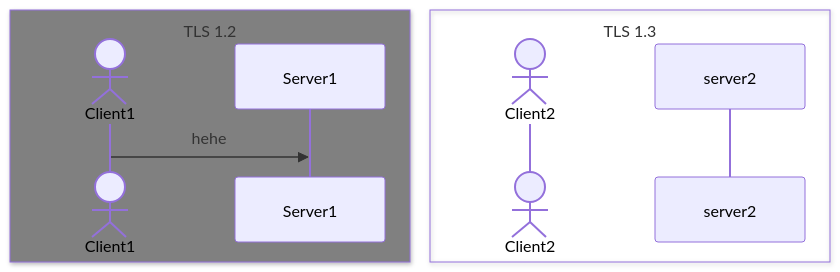
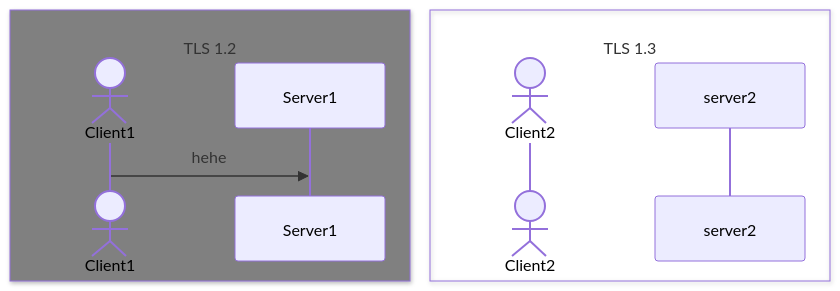
The third of 3 diagrams in tls_1.3.md (jtaverne/ovh), drawn with Mermaid before and after one commit.

````diff
--- a/tls_1.3.md
+++ b/tls_1.3.md
@@ -37,12 +37,12 @@
 ```mermaid
 sequenceDiagram
-    box Grey TLS 1.2
+    box Grey <br/>TLS 1.2
     actor Client1
     participant Server1
     end
-    box TLS 1.3
+    box <br/>TLS 1.3
     actor Client2
     participant server2
     end
 Client1 ->> Server1 : hehe
 ```
````
